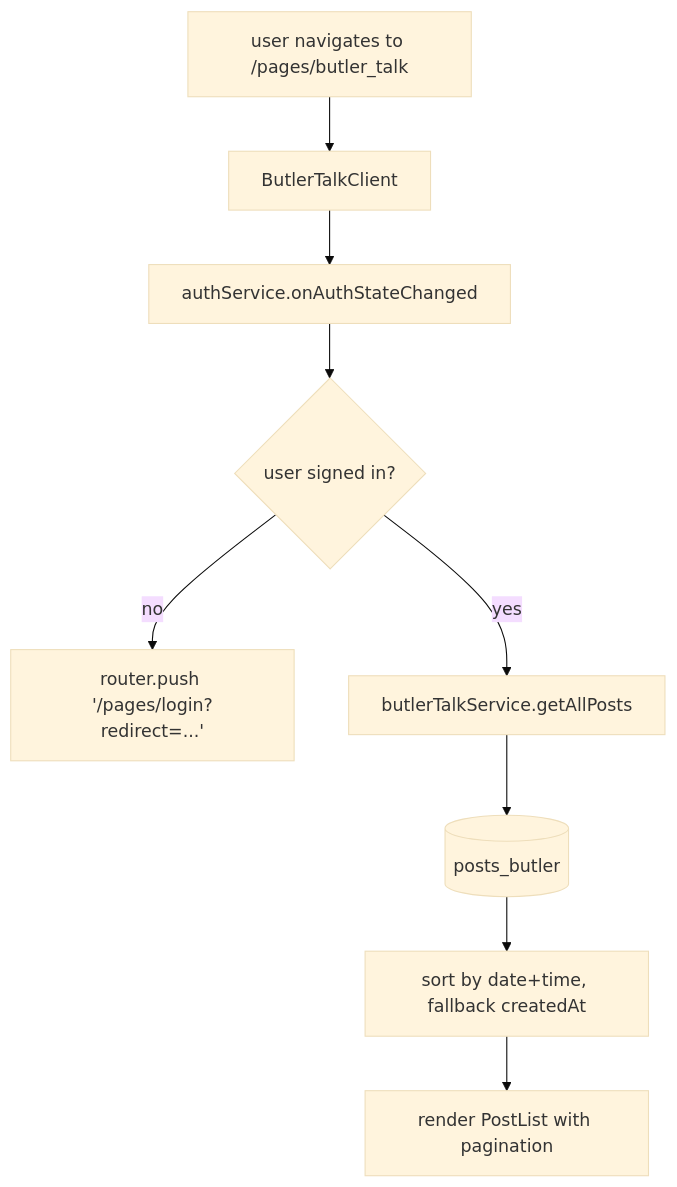
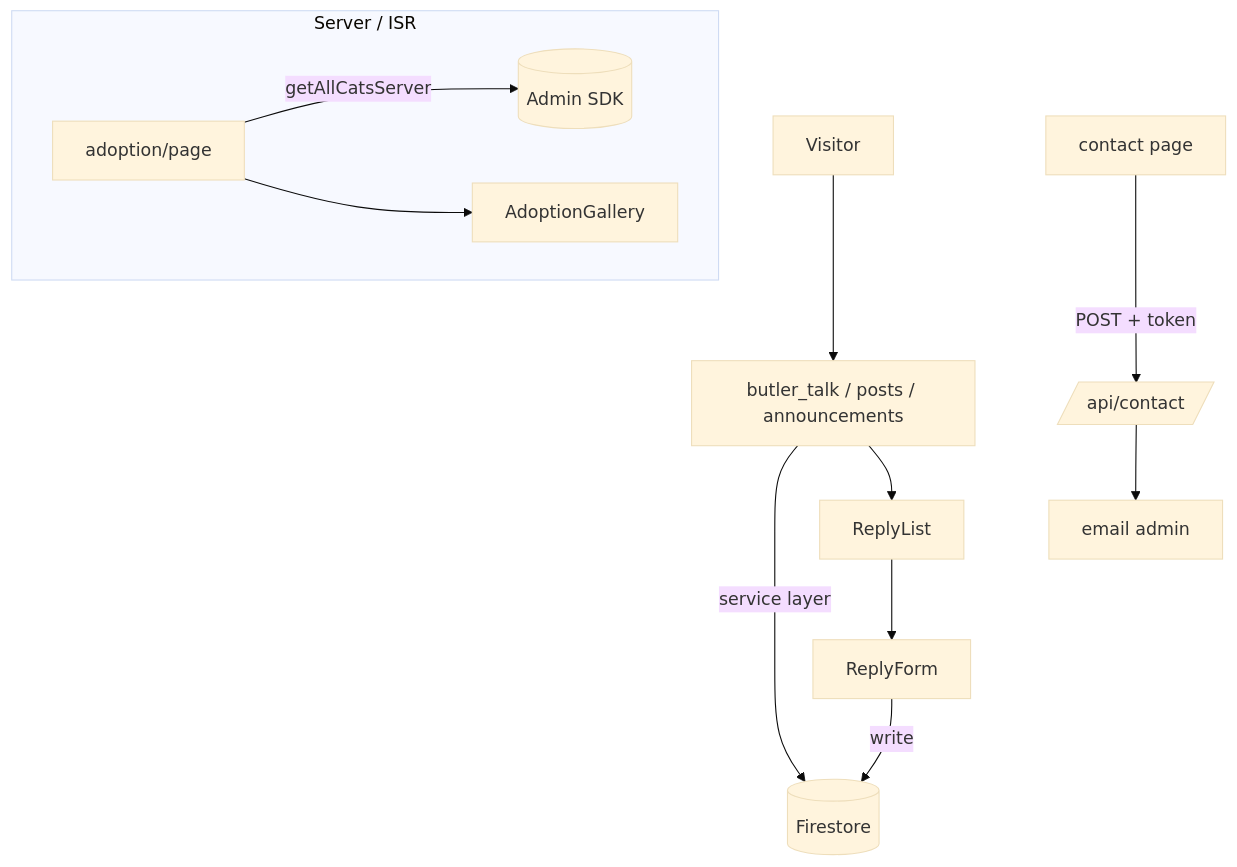
The first of 2 diagrams in docs/codebase/community-pages.md (wwolfyy/mohocat), drawn with Mermaid (base theme) before and after one commit. The commit also changed other lines of this file and 12 other files, not shown here.

````diff
--- a/docs/codebase/community-pages.md
+++ b/docs/codebase/community-pages.md
@@ -40,11 +34,14 @@
 ```mermaid
 flowchart TD
-    Visit[user navigates to /pages/butler_talk] --> Client[ButlerTalkClient]
-    Client --> Listen[authService.onAuthStateChanged]
-    Listen --> User{user signed in?}
-    User -->|no| Redirect[router.push '/pages/login?redirect=...']
-    User -->|yes| Fetch[butlerTalkService.getAllPosts]
-    Fetch --> Firestore[(posts_butler)]
-    Firestore --> Sort[sort by date+time, fallback createdAt]
-    Sort --> Render[render PostList with pagination]
+    subgraph ISR[Server / ISR]
+        AdoptPage[adoption/page] -->|getAllCatsServer| AdminSDK[(Admin SDK)]
+        AdoptPage --> Gallery[AdoptionGallery]
+    end
+    User[Visitor] --> FeedPage[butler_talk / posts / announcements]
+    FeedPage -->|service layer| Firestore[(Firestore)]
+    FeedPage --> ReplyList
+    ReplyList --> ReplyForm
+    ReplyForm -->|write| Firestore
+    Contact[contact page] -->|POST + token| ContactAPI[/api/contact/]
+    ContactAPI --> SMTP[email admin]
 ```
````
